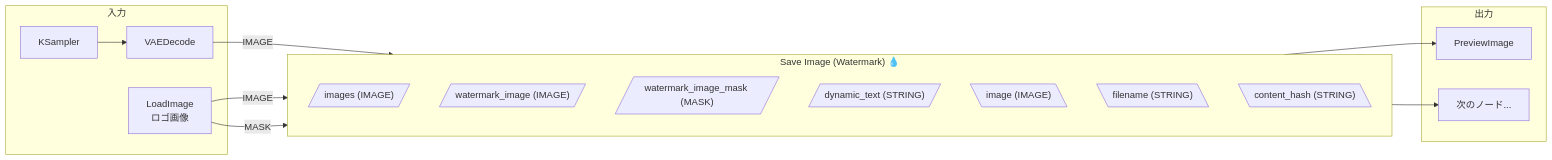
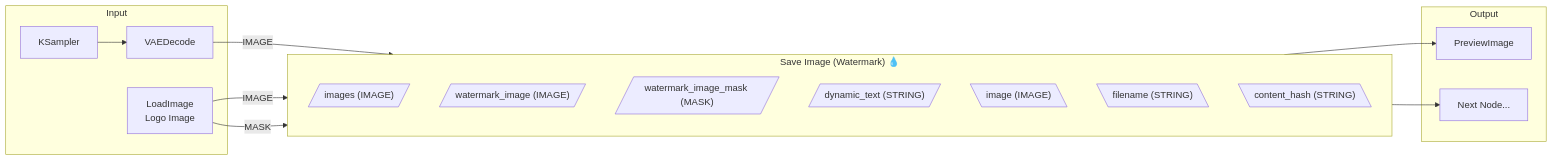
Before and after one commit to aicuai/comfyui-save-image-watermark: the second of 4 diagrams in README.md, drawn with Mermaid. The commit also changed other lines of this file and 1 other file, not shown here.

````diff
--- a/README.md
+++ b/README.md
@@ -130,31 +132,31 @@
 ```mermaid
 flowchart LR
-    subgraph input["入力"]
+    subgraph input["Input"]
         KS[KSampler] --> VAE[VAEDecode]
-        LI[LoadImage<br/>ロゴ画像]
+        LI[LoadImage<br/>Logo Image]
     end
 
     subgraph main["Save Image (Watermark) 💧"]
         direction TB
         I1[/"images (IMAGE)"/]
         I2[/"watermark_image (IMAGE)"/]
         I3[/"watermark_image_mask (MASK)"/]
         I4[/"dynamic_text (STRING)"/]
 
         O1[\"image (IMAGE)"\]
         O2[\"filename (STRING)"\]
         O3[\"content_hash (STRING)"\]
     end
 
-    subgraph output["出力"]
+    subgraph output["Output"]
         PREVIEW[PreviewImage]
-        NEXT[次のノード...]
+        NEXT[Next Node...]
     end
 
     VAE -->|IMAGE| I1
     LI -->|IMAGE| I2
     LI -->|MASK| I3
 
     O1 --> PREVIEW
     O1 --> NEXT
 ```
````
